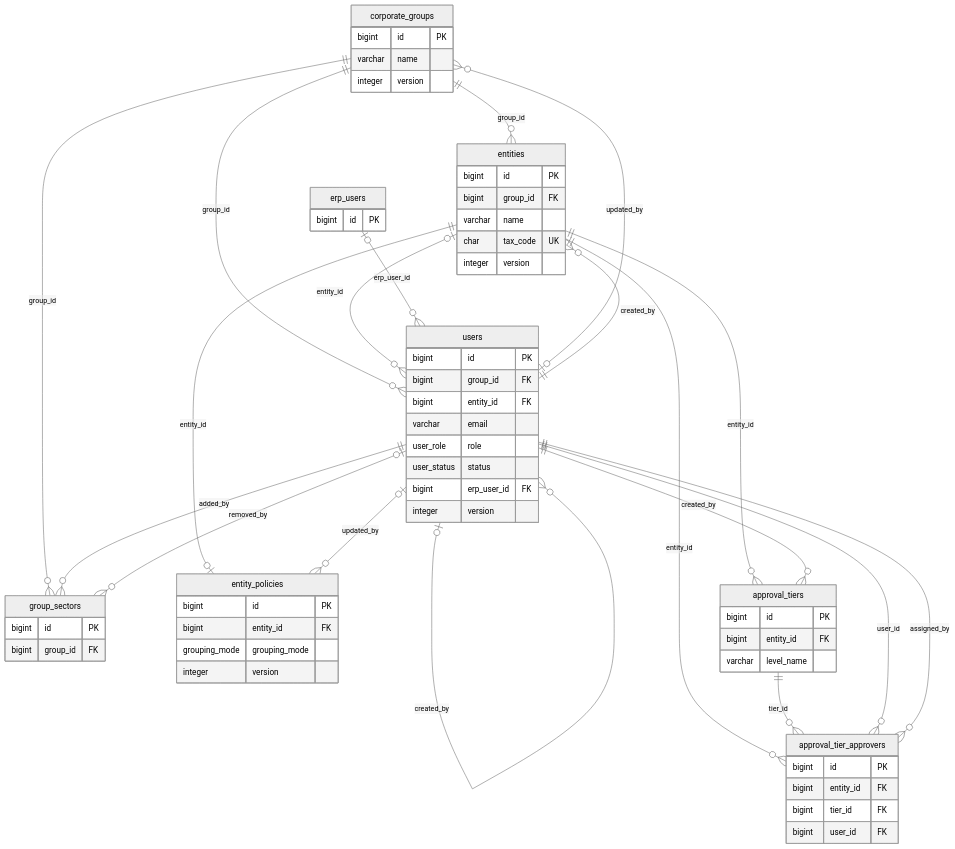
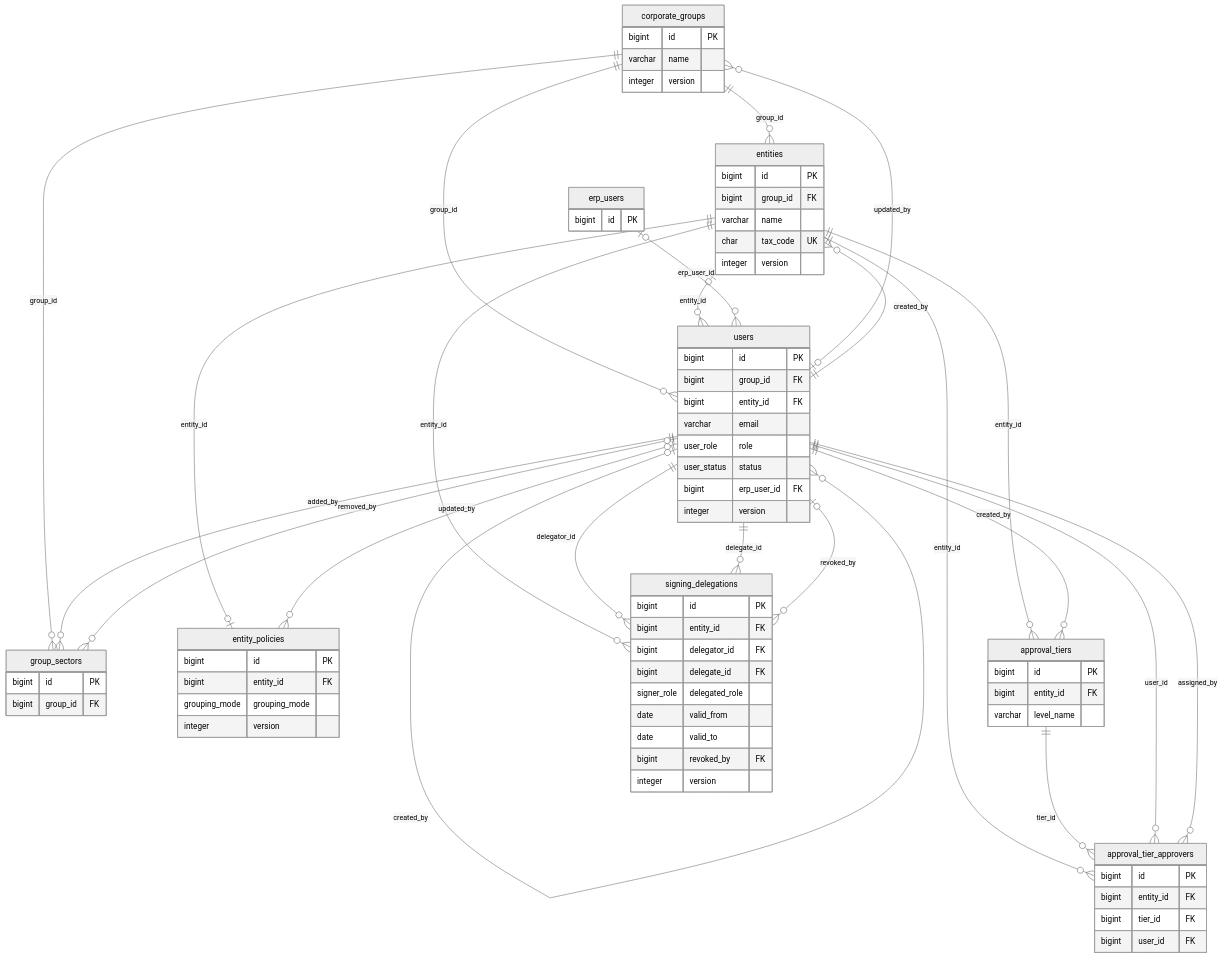
One commit to minhtuann1102/MatchPay changed the second of 14 diagrams in docs/05-database/02-er-diagram.md. Above: the diagram before and after it, drawn with Mermaid (neutral theme). The commit also changed other lines of this file and 9 other files, not shown here.

Commit message:
docs: sync Step 5 database to the feature mind map (draft for review)

````diff
--- a/docs/05-database/02-er-diagram.md
+++ b/docs/05-database/02-er-diagram.md
@@ -219,6 +233,18 @@
     bigint user_id FK
   }
 
+  signing_delegations {
+    bigint id PK
+    bigint entity_id FK
+    bigint delegator_id FK
+    bigint delegate_id FK
+    signer_role delegated_role
+    date valid_from
+    date valid_to
+    bigint revoked_by FK
+    integer version
+  }
+
   erp_users {
     bigint id PK
   }
@@ -242,4 +268,8 @@
   approval_tiers ||--o{ approval_tier_approvers : tier_id
   users ||--o{ approval_tier_approvers : user_id
   users ||--o{ approval_tier_approvers : assigned_by
+  entities ||--o{ signing_delegations : entity_id
+  users ||--o{ signing_delegations : delegator_id
+  users ||--o{ signing_delegations : delegate_id
+  users |o--o{ signing_delegations : revoked_by
 ```
````
